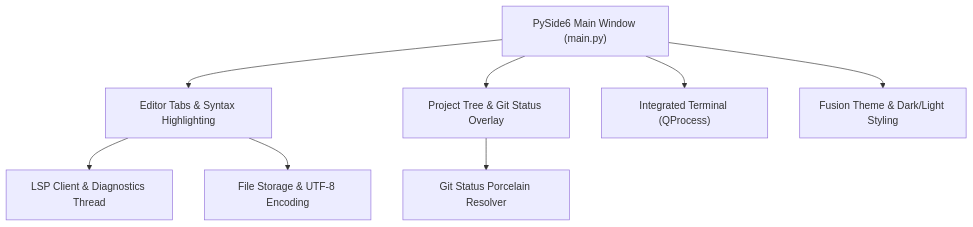
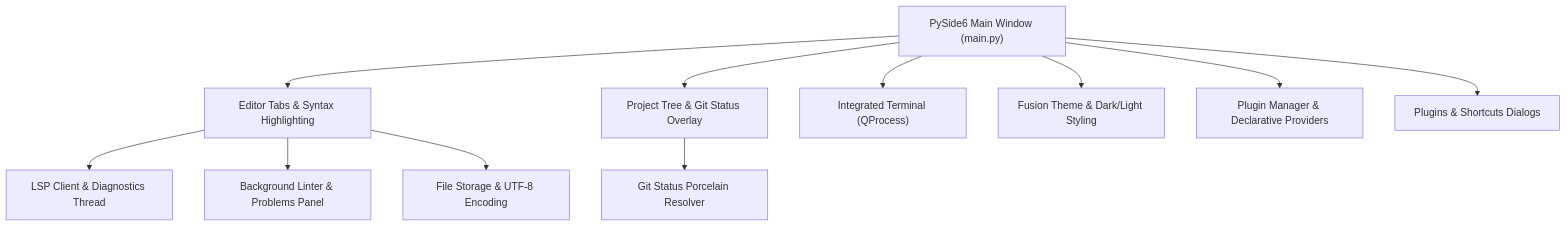
One commit to dev-bricks/CodeBox changed the diagram in README.md. Above: the diagram before and after it, drawn with Mermaid. The commit also changed other lines of this file and 31 other files, not shown here.

Commit message:
feat: complete phase 4 with plugin system, declarative language providers, shortcuts and plugins dialogs [G 2026-08-14]

````diff
--- a/README.md
+++ b/README.md
@@ -35,10 +37,13 @@
 ```mermaid
 graph TD
     UI["PySide6 Main Window (main.py)"] --> Tabs["Editor Tabs & Syntax Highlighting"]
     UI --> Tree["Project Tree & Git Status Overlay"]
     UI --> Term["Integrated Terminal (QProcess)"]
     UI --> Theme["Fusion Theme & Dark/Light Styling"]
+    UI --> Plugins["Plugin Manager & Declarative Providers"]
+    UI --> Dialogs["Plugins & Shortcuts Dialogs"]
     Tabs --> LSP["LSP Client & Diagnostics Thread"]
+    Tabs --> Linter["Background Linter & Problems Panel"]
     Tabs --> Storage["File Storage & UTF-8 Encoding"]
     Tree --> Git["Git Status Porcelain Resolver"]
 ```
````
